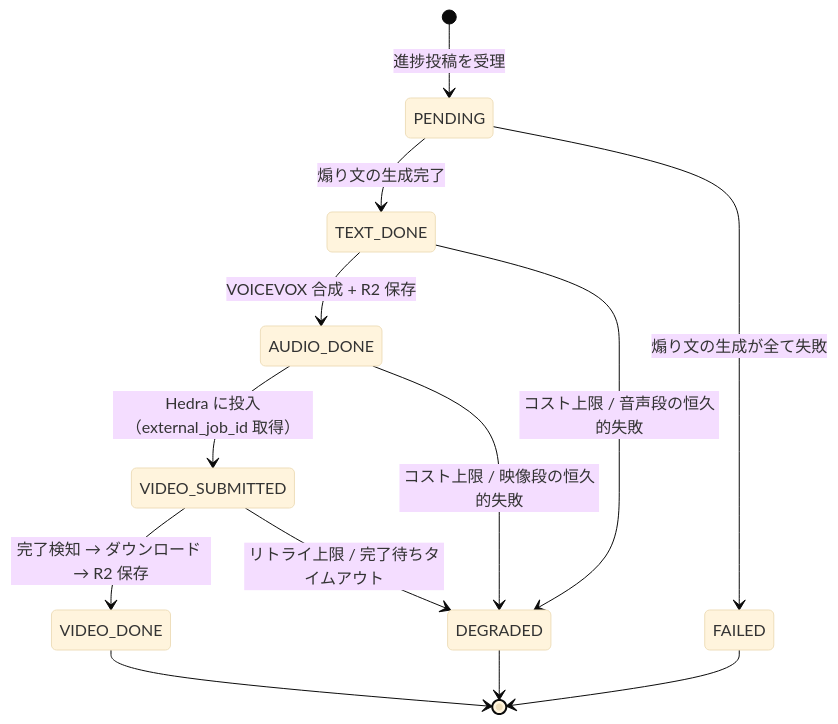
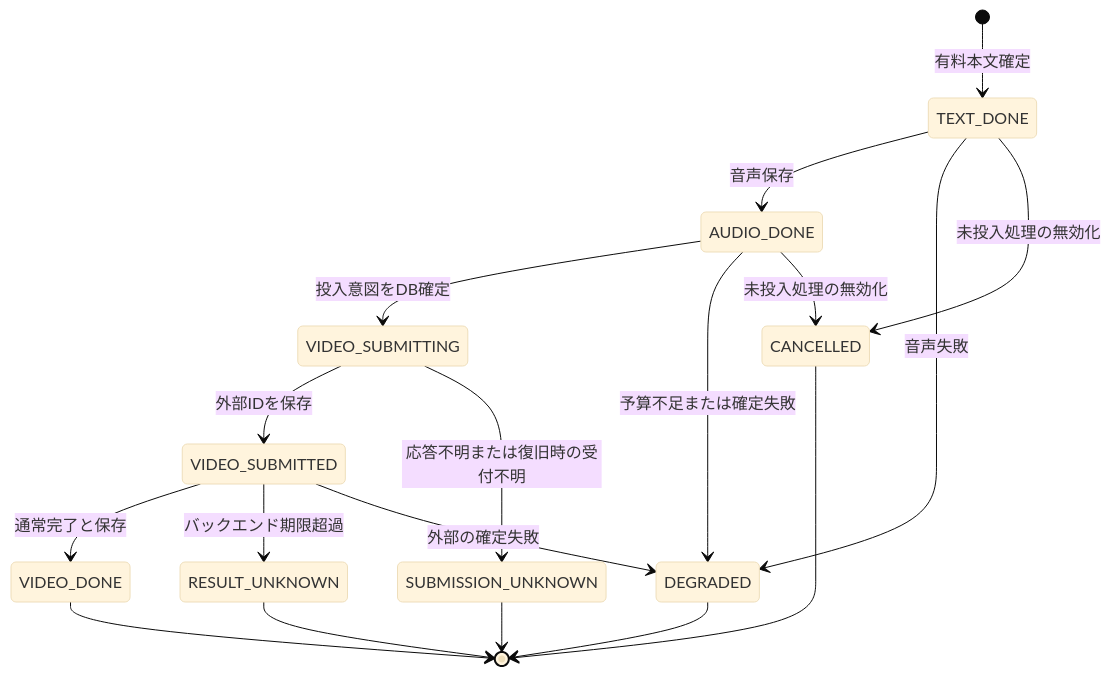
The second of 2 diagrams in docs/04-data-model.md (ushikitakumi/roast-me-ai), drawn with Mermaid (base theme) before and after one commit. The commit also changed other lines of this file and 7 other files, not shown here.

````diff
--- a/docs/04-data-model.md
+++ b/docs/04-data-model.md
@@ -280,17 +125,20 @@
 ```mermaid
 stateDiagram-v2
-    [*] --> PENDING: 進捗投稿を受理
-    PENDING --> TEXT_DONE: 煽り文の生成完了
-    TEXT_DONE --> AUDIO_DONE: VOICEVOX 合成 + R2 保存
-    AUDIO_DONE --> VIDEO_SUBMITTED: Hedra に投入（external_job_id 取得）
-    VIDEO_SUBMITTED --> VIDEO_DONE: 完了検知 → ダウンロード → R2 保存
+    [*] --> TEXT_DONE: 有料本文確定
+    TEXT_DONE --> AUDIO_DONE: 音声保存
+    AUDIO_DONE --> VIDEO_SUBMITTING: 投入意図をDB確定
+    VIDEO_SUBMITTING --> VIDEO_SUBMITTED: 外部IDを保存
+    VIDEO_SUBMITTING --> SUBMISSION_UNKNOWN: 応答不明または復旧時の受付不明
+    VIDEO_SUBMITTED --> VIDEO_DONE: 通常完了と保存
+    VIDEO_SUBMITTED --> RESULT_UNKNOWN: バックエンド期限超過
+    TEXT_DONE --> DEGRADED: 音声失敗
+    AUDIO_DONE --> DEGRADED: 予算不足または確定失敗
+    VIDEO_SUBMITTED --> DEGRADED: 外部の確定失敗
+    TEXT_DONE --> CANCELLED: 未投入処理の無効化
+    AUDIO_DONE --> CANCELLED: 未投入処理の無効化
     VIDEO_DONE --> [*]
-
-    TEXT_DONE --> DEGRADED: コスト上限 / 音声段の恒久的失敗
-    AUDIO_DONE --> DEGRADED: コスト上限 / 映像段の恒久的失敗
-    VIDEO_SUBMITTED --> DEGRADED: リトライ上限 / 完了待ちタイムアウト
     DEGRADED --> [*]
-
-    PENDING --> FAILED: 煽り文の生成が全て失敗
-    FAILED --> [*]
+    CANCELLED --> [*]
+    SUBMISSION_UNKNOWN --> [*]
+    RESULT_UNKNOWN --> [*]
 ```
````
